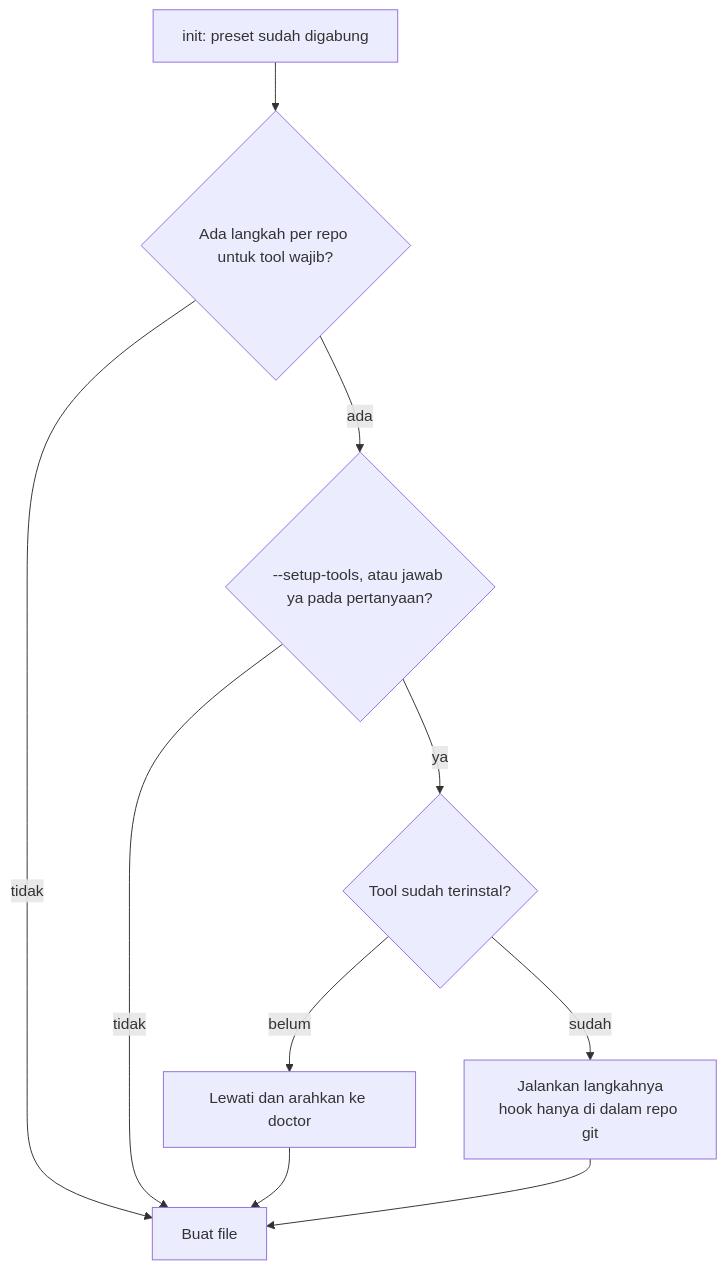
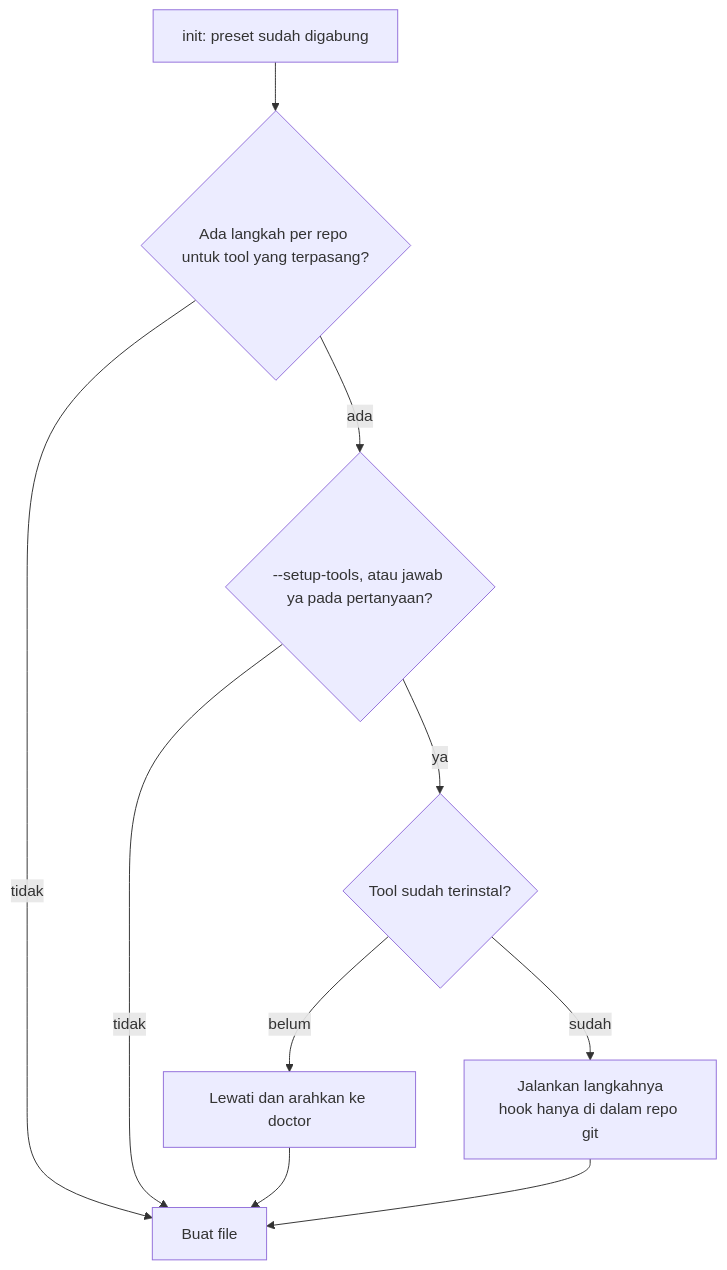
One commit to RedLucky/agent-initiator changed the diagram in docs/wiki/id/features/tool-setup.md. Above: the diagram before and after it, drawn with Mermaid. The commit also changed other lines of this file and 50 other files, not shown here.

````diff
--- a/docs/wiki/id/features/tool-setup.md
+++ b/docs/wiki/id/features/tool-setup.md
@@ -17,12 +19,12 @@
 ```mermaid
 flowchart TD
-    A[init: preset sudah digabung] --> B{Ada langkah per repo untuk tool wajib?}
+    A[init: preset sudah digabung] --> B{Ada langkah per repo untuk tool yang terpasang?}
     B -- tidak --> G[Buat file]
     B -- ada --> C{--setup-tools, atau jawab ya pada pertanyaan?}
     C -- tidak --> G
     C -- ya --> D{Tool sudah terinstal?}
     D -- belum --> E[Lewati dan arahkan ke doctor]
     D -- sudah --> F[Jalankan langkahnya<br/>hook hanya di dalam repo git]
     E --> G
     F --> G
 ```
````
